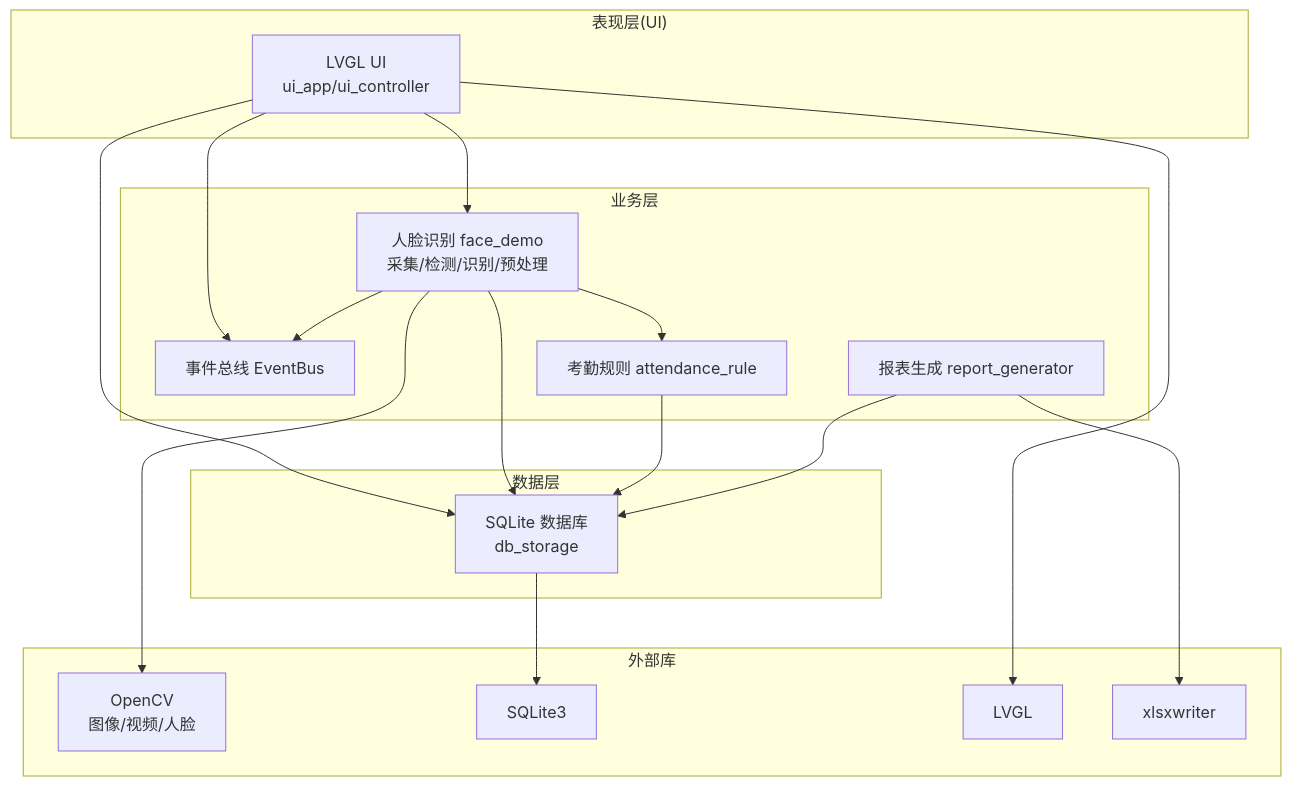
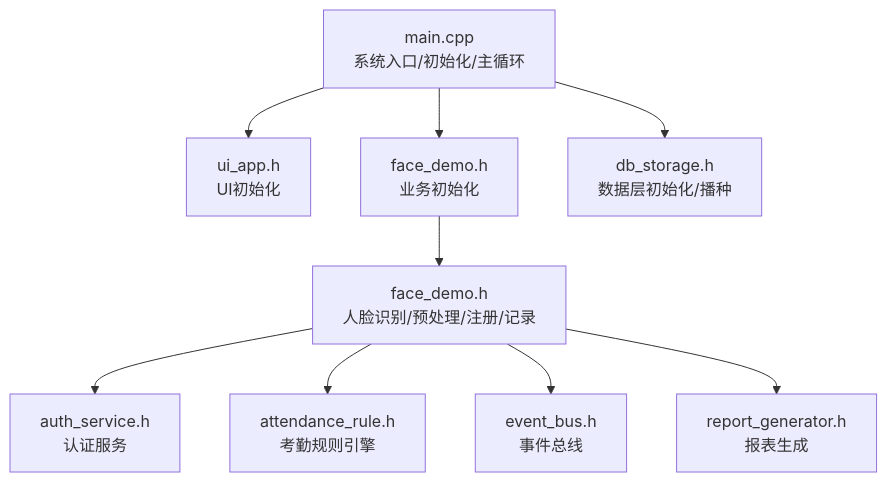
Before and after one commit to Drunk552/SmartAttendance: the second of 7 diagrams in .qoder/repowiki/zh/content/项目概述.md, drawn with Mermaid. The commit also changed other lines of this file and 119 other files, not shown here.

````diff
--- a/.qoder/repowiki/zh/content/项目概述.md
+++ b/.qoder/repowiki/zh/content/项目概述.md
@@ -102,33 +90,20 @@
 ```mermaid
 graph TB
-subgraph "表现层(UI)"
-UI["LVGL UI<br/>ui_app/ui_controller"]
-end
-subgraph "业务层"
-BUS["事件总线 EventBus"]
-FD["人脸识别 face_demo<br/>采集/检测/识别/预处理"]
-RULE["考勤规则 attendance_rule"]
-REP["报表生成 report_generator"]
-end
-subgraph "数据层"
-DB["SQLite 数据库<br/>db_storage"]
-end
-subgraph "外部库"
-OP["OpenCV<br/>图像/视频/人脸"]
-SQ["SQLite3"]
-LV["LVGL"]
-XL["xlsxwriter"]
-end
-UI --> FD
-UI --> BUS
-UI --> DB
-FD --> RULE
-FD --> DB
-FD --> BUS
-RULE --> DB
-REP --> DB
-REP --> XL
-UI --> LV
-FD --> OP
-DB --> SQ
+Main["main.cpp<br/>系统入口/初始化/主循环"]
+UIInit["ui_app.h<br/>UI初始化"]
+BizInit["face_demo.h<br/>业务初始化"]
+DataInit["db_storage.h<br/>数据层初始化/播种"]
+Main --> UIInit
+Main --> BizInit
+Main --> DataInit
+Biz["face_demo.h<br/>人脸识别/预处理/注册/记录"]
+Auth["auth_service.h<br/>认证服务"]
+Rule["attendance_rule.h<br/>考勤规则引擎"]
+Bus["event_bus.h<br/>事件总线"]
+Report["report_generator.h<br/>报表生成"]
+BizInit --> Biz
+Biz --> Auth
+Biz --> Rule
+Biz --> Bus
+Biz --> Report
 ```
````
